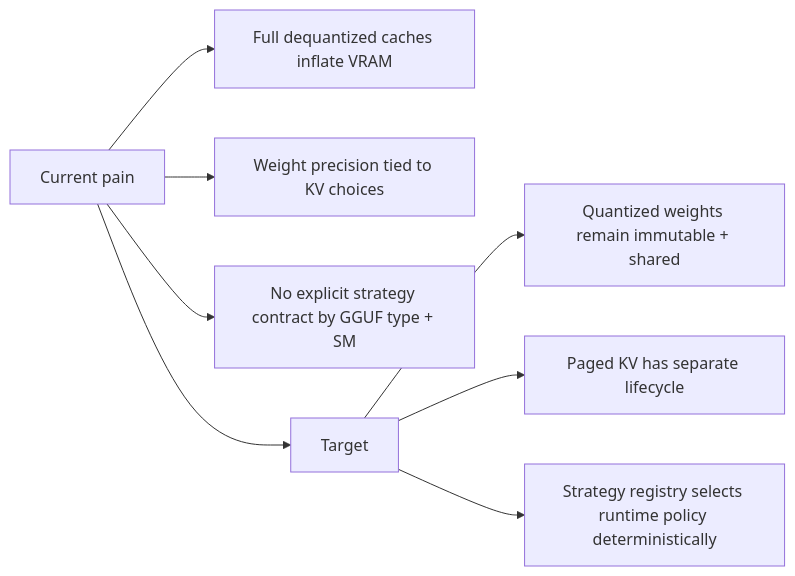
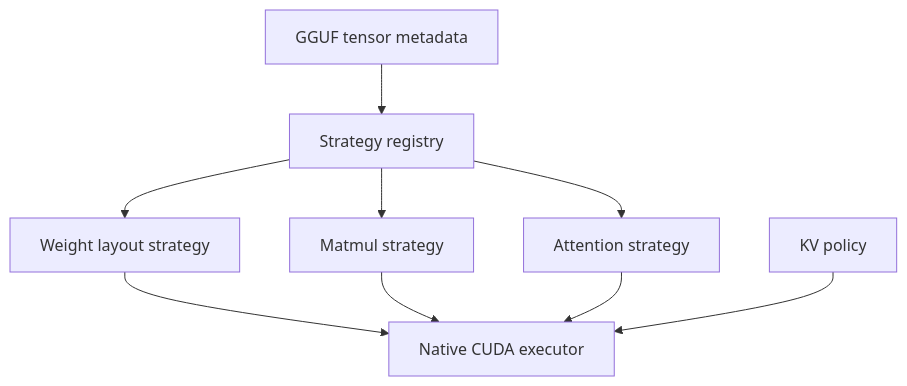
Before and after one commit to vjsingh1984/inferflux: the diagram in docs/design/NATIVE_GGUF_QUANTIZED_RUNTIME_ARCHITECTURE.md, drawn with Mermaid. The commit also changed other lines of this file and 6 other files, not shown here.

````diff
--- a/docs/design/NATIVE_GGUF_QUANTIZED_RUNTIME_ARCHITECTURE.md
+++ b/docs/design/NATIVE_GGUF_QUANTIZED_RUNTIME_ARCHITECTURE.md
@@ -7,14 +8,11 @@
 ```mermaid
-flowchart LR
-    A[Current pain]
-    A --> A1[Full dequantized caches inflate VRAM]
-    A --> A2[Weight precision tied to KV choices]
-    A --> A3[No explicit strategy contract by GGUF type + SM]
-
-    B[Target]
-    B --> B1[Quantized weights remain immutable + shared]
-    B --> B2[Paged KV has separate lifecycle]
-    B --> B3[Strategy registry selects runtime policy deterministically]
-
-    A --> B
+flowchart TD
+    A[GGUF tensor metadata] --> B[Strategy registry]
+    B --> C[Weight layout strategy]
+    B --> D[Matmul strategy]
+    B --> E[Attention strategy]
+    C --> F[Native CUDA executor]
+    D --> F
+    E --> F
+    G[KV policy] --> F
 ```
````
